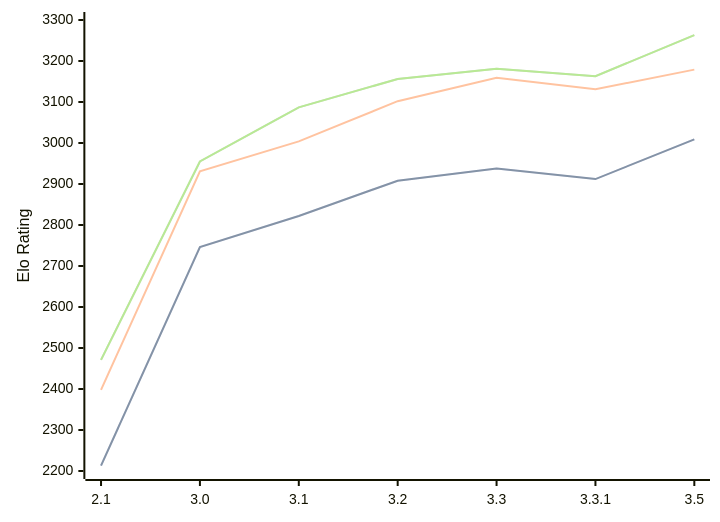
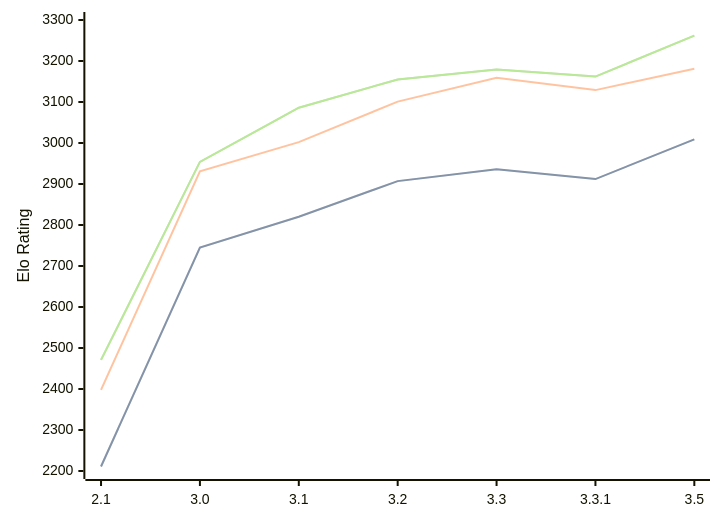
The diagram in engines/Petrel.md (computer-chess-index/cci), drawn with Mermaid before and after one commit. The commit also changed other lines of this file, not shown here.

Commit message:
Update CCI Ratings (ELO VLTC) - 2026-08-04

````diff
--- a/engines/Petrel.md
+++ b/engines/Petrel.md
@@ -46,11 +46,11 @@
 ```mermaid
 %%{init: {"theme":"base","themeVariables":{"seriesColors:['#a3a3a3','#222221','#faa371']}}}%%
 xychart-beta
   x-axis ["2.1", "3.0", "3.1", "3.2", "3.3", "3.3.1", "3.5"]
   y-axis "Elo Rating" 2200 --> 3300
-  line "STC (8.0+0.08s)" [2213, 2746, 2822, 2908, 2938, 2912, 3009]
-  line "STC (8.0+0.08s)" [2213, 2746, 2822, 2908, 2938, 2912, 3009]
-  line "LTC (60.0+0.60s)" [2398, 2931, 3004, 3102, 3159, 3131, 3179]
-  line "VLTC (2m24s+1.12s)" [2471, 2955, 3087, 3156, 3181, 3163, 3263]
-  line "VLTC (2m24s+1.12s)" [2471, 2955, 3087, 3156, 3181, 3163, 3263]
+  line "STC (8.0+0.08s)" [2211, 2745, 2820, 2907, 2936, 2912, 3009]
+  line "STC (8.0+0.08s)" [2211, 2745, 2820, 2907, 2936, 2912, 3009]
+  line "LTC (60.0+0.60s)" [2398, 2931, 3002, 3101, 3159, 3129, 3181]
+  line "VLTC (2m24s+1.12s)" [2471, 2954, 3086, 3155, 3179, 3162, 3262]
+  line "VLTC (2m24s+1.12s)" [2471, 2954, 3086, 3155, 3179, 3162, 3262]
 ```
````
